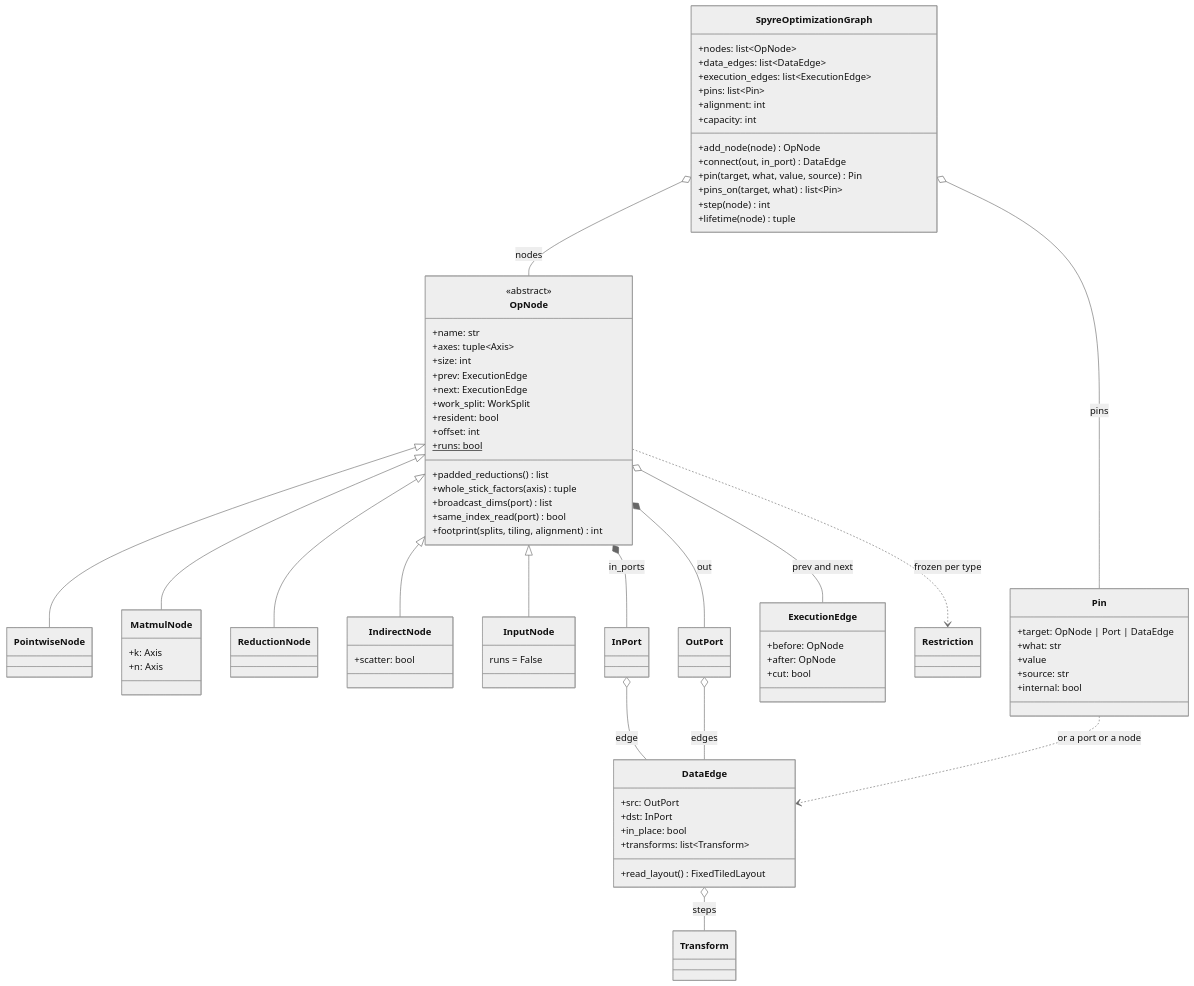
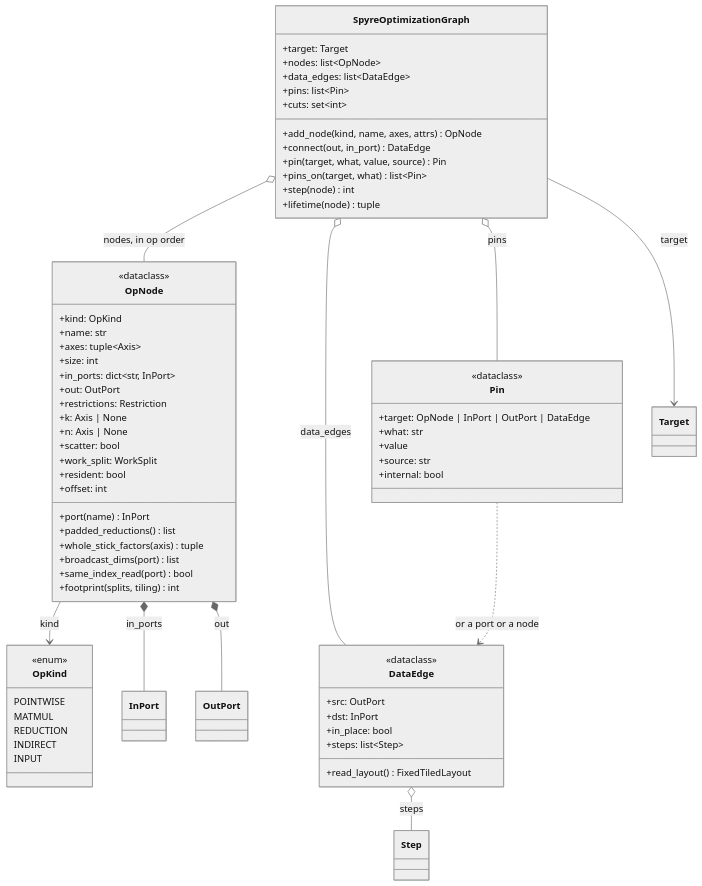
One commit to spectre-ns/spyre-roadmap changed the first of 6 diagrams in plans/lx-allocator.md. Above: the diagram before and after it, drawn with Mermaid (neutral theme). The commit also changed other lines of this file, not shown here.

First line of the commit message:
Slim the LX allocator classes and add per-card targets

````diff
--- a/plans/lx-allocator.md
+++ b/plans/lx-allocator.md
@@ -99,13 +80,12 @@
     direction TB
 
     class SpyreOptimizationGraph {
+        +target: Target
         +nodes: list~OpNode~
         +data_edges: list~DataEdge~
-        +execution_edges: list~ExecutionEdge~
         +pins: list~Pin~
-        +alignment: int
-        +capacity: int
-        +add_node(node) OpNode
+        +cuts: set~int~
+        +add_node(kind, name, axes, attrs) OpNode
         +connect(out, in_port) DataEdge
         +pin(target, what, value, source) Pin
         +pins_on(target, what) list~Pin~
@@ -113,71 +93,63 @@
         +lifetime(node) tuple
     }
     class OpNode {
-        <<abstract>>
+        <<dataclass>>
+        +kind: OpKind
         +name: str
         +axes: tuple~Axis~
         +size: int
-        +prev: ExecutionEdge
-        +next: ExecutionEdge
+        +in_ports: dict~str, InPort~
+        +out: OutPort
+        +restrictions: Restriction
+        +k: Axis | None
+        +n: Axis | None
+        +scatter: bool
         +work_split: WorkSplit
         +resident: bool
         +offset: int
-        +runs: bool$
+        +port(name) InPort
         +padded_reductions() list
         +whole_stick_factors(axis) tuple
         +broadcast_dims(port) list
         +same_index_read(port) bool
-        +footprint(splits, tiling, alignment) int
+        +footprint(splits, tiling) int
     }
-    class InPort
-    class OutPort
-    class PointwiseNode
-    class MatmulNode {
-        +k: Axis
-        +n: Axis
-    }
-    class ReductionNode
-    class IndirectNode {
-        +scatter: bool
-    }
-    class InputNode {
-        runs = False
+    class OpKind {
+        <<enum>>
+        POINTWISE
+        MATMUL
+        REDUCTION
+        INDIRECT
+        INPUT
     }
     class DataEdge {
+        <<dataclass>>
         +src: OutPort
         +dst: InPort
         +in_place: bool
-        +transforms: list~Transform~
+        +steps: list~Step~
         +read_layout() FixedTiledLayout
     }
-    class ExecutionEdge {
-        +before: OpNode
-        +after: OpNode
-        +cut: bool
-    }
     class Pin {
-        +target: OpNode | Port | DataEdge
+        <<dataclass>>
+        +target: OpNode | InPort | OutPort | DataEdge
         +what: str
         +value
         +source: str
         +internal: bool
     }
-    class Restriction
-    class Transform
+    class InPort
+    class OutPort
+    class Step
+    class Target
 
-    SpyreOptimizationGraph o-- OpNode : nodes
+    SpyreOptimizationGraph o-- OpNode : nodes, in op order
+    SpyreOptimizationGraph o-- DataEdge : data_edges
     SpyreOptimizationGraph o-- Pin : pins
-    OpNode <|-- PointwiseNode
-    OpNode <|-- MatmulNode
-    OpNode <|-- ReductionNode
-    OpNode <|-- IndirectNode
-    OpNode <|-- InputNode
+    SpyreOptimizationGraph --> Target : target
+    OpNode --> OpKind : kind
     OpNode *-- InPort : in_ports
     OpNode *-- OutPort : out
-    OutPort o-- DataEdge : edges
-    InPort o-- DataEdge : edge
-    OpNode o-- ExecutionEdge : prev and next
-    OpNode ..> Restriction : frozen per type
-    DataEdge o-- Transform : steps
+    DataEdge o-- Step : steps
     Pin ..> DataEdge : or a port or a node
 ```
````
